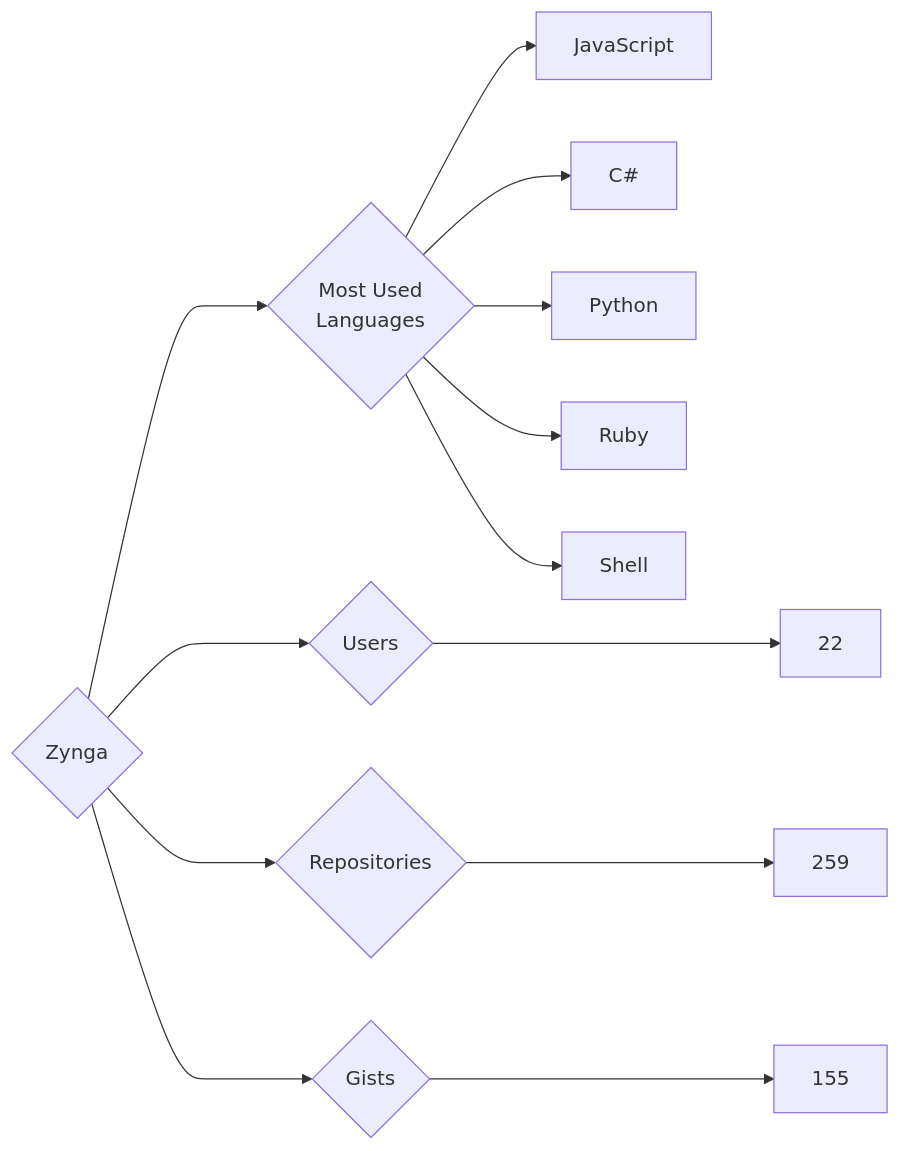
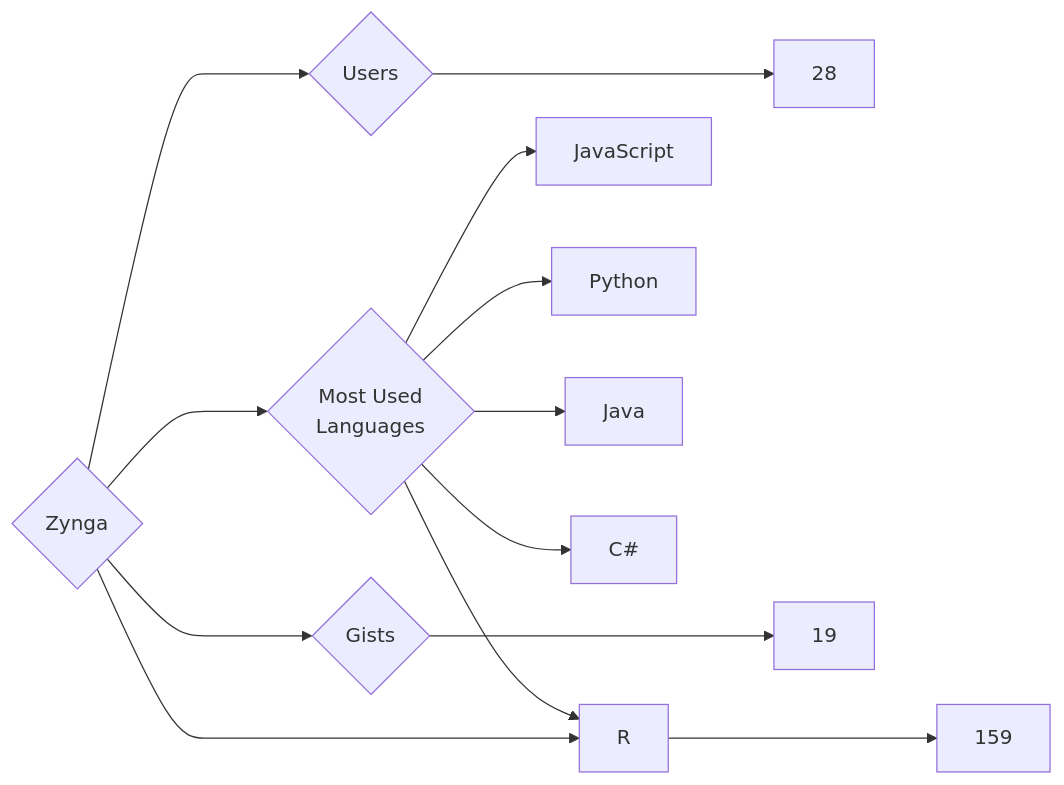
The diagram in targets/Zynga/README.md (trickest/insiders), drawn with Mermaid before and after one commit. The commit also changed 748 other files, not shown here.

````diff
--- a/targets/Zynga/README.md
+++ b/targets/Zynga/README.md
@@ -3,13 +3,13 @@
 ```mermaid
 graph LR
 COMPANY_NAME{Zynga}
-COMPANY_NAME ---> U{Users} ---> UN[22]
-COMPANY_NAME ---> R{Repositories} ---> RN[259]
-COMPANY_NAME ---> G{Gists} ---> GN[155]
+COMPANY_NAME ---> U{Users} ---> UN[28]
+COMPANY_NAME ---> R{Repositories} ---> RN[159]
+COMPANY_NAME ---> G{Gists} ---> GN[19]
 COMPANY_NAME ---> ML{Most Used<br>Languages}
 ML --> JavaScript[JavaScript]
+ML --> Python[Python]
+ML --> Java[Java]
 ML --> C#[C#]
-ML --> Python[Python]
-ML --> Ruby[Ruby]
-ML --> Shell[Shell]
+ML --> R[R]
 ```
````
